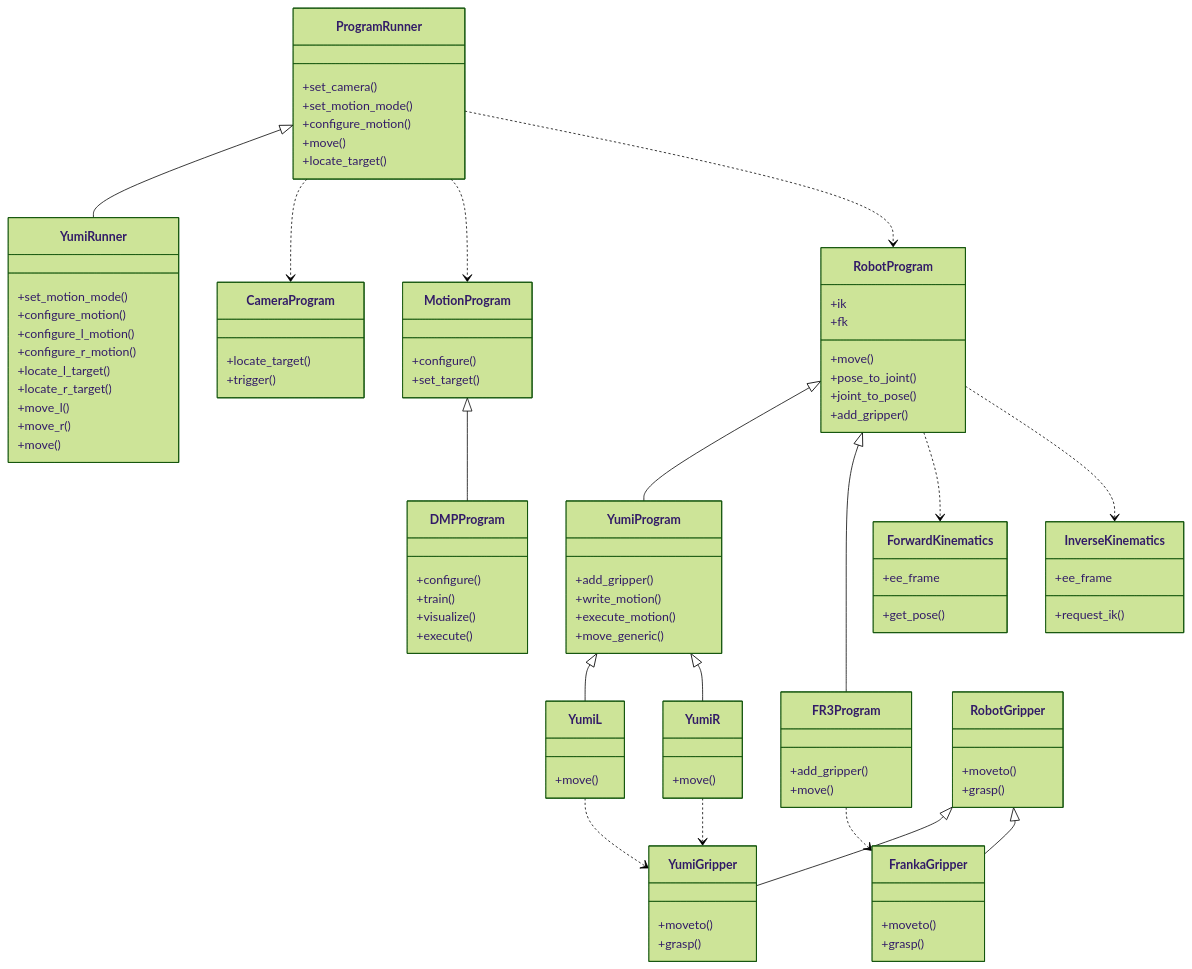
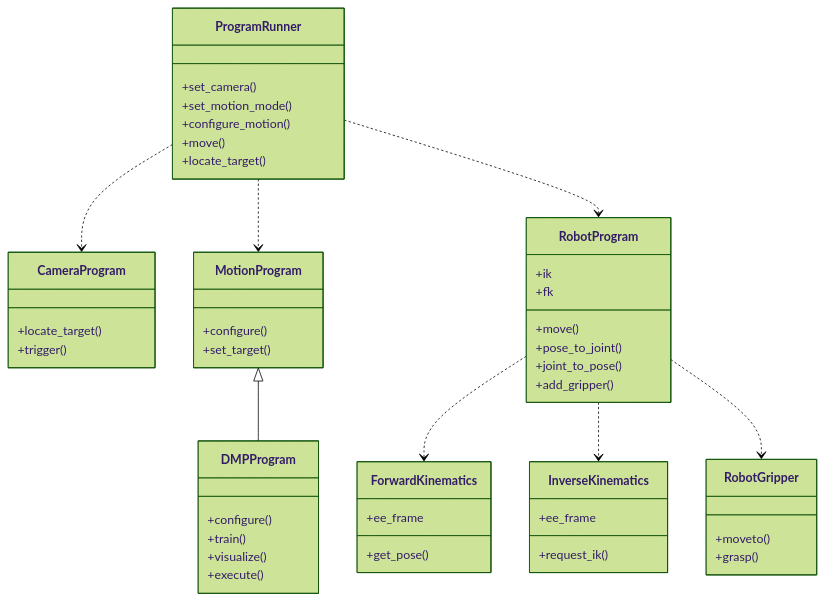
Before and after one commit to snt-arg/lfd_interface: the diagram in misc/thesis/lfd_program/class.mmd, drawn with Mermaid (forest theme). The commit also changed 4 other files, not shown here.

```diff
--- a/misc/thesis/lfd_program/class.mmd
+++ b/misc/thesis/lfd_program/class.mmd
@@ -1,115 +1,116 @@
 
 classDiagram
     class  CameraProgram {
         +locate_target()
         +trigger()
     }
 
     class MotionProgram {
         +configure()
         +set_target()
     }
 
     class RobotProgram {
         +ik
         +fk
         +move()
         +pose_to_joint()
         +joint_to_pose()
         +add_gripper()
     }
 
     class DMPProgram {
         +configure()
         +train()
         +visualize()
         +execute()
     }
 
     %% ABB Program
-    class YumiProgram {
-        +add_gripper()
-        +write_motion()
-        +execute_motion()
-        +move_generic()
-    }
+    %% class YumiProgram {
+    %%     +add_gripper()
+    %%     +write_motion()
+    %%     +execute_motion()
+    %%     +move_generic()
+    %% }
 
-    class YumiL {
-        +move()
-    }
+    %% class YumiL {
+    %%     +move()
+    %% }
 
-    class YumiR {
-        +move()
-    }
+    %% class YumiR {
+    %%     +move()
+    %% }
 
-    class YumiGripper {
-        +moveto()
-        +grasp()
-    }
+    %% class YumiGripper {
+    %%     +moveto()
+    %%     +grasp()
+    %% }
 
     %% Franka Program
-    class FR3Program {
-        +add_gripper()
-        +move()
-    }
+    %% class FR3Program {
+    %%     +add_gripper()
+    %%     +move()
+    %% }
 
-    class FrankaGripper {
-        +moveto()
-        +grasp()
-    }
+    %% class FrankaGripper {
+    %%     +moveto()
+    %%     +grasp()
+    %% }
 
     %% Util
     class ForwardKinematics {
         +ee_frame
         +get_pose()
     }
 
     class InverseKinematics {
         +ee_frame
         +request_ik()
     }
     %% 
     class ProgramRunner {
         +set_camera()
         +set_motion_mode()
         +configure_motion()
         +move()
         +locate_target()
     }
 
-    class YumiRunner {
-        +set_motion_mode()
-        +configure_motion()
-        +configure_l_motion()
-        +configure_r_motion()
-        +locate_l_target()
-        +locate_r_target()
-        +move_l()
-        +move_r()
-        +move()
-    }
+    %% class YumiRunner {
+    %%     +set_motion_mode()
+    %%     +configure_motion()
+    %%     +configure_l_motion()
+    %%     +configure_r_motion()
+    %%     +locate_l_target()
+    %%     +locate_r_target()
+    %%     +move_l()
+    %%     +move_r()
+    %%     +move()
+    %% }
 
     class RobotGripper {
         +moveto()
         +grasp()
     }
 
-    ProgramRunner <|-- YumiRunner
+    %% ProgramRunner <|-- YumiRunner
 
     ProgramRunner ..> CameraProgram
     ProgramRunner ..> MotionProgram
     ProgramRunner ..> RobotProgram
 
     MotionProgram <|-- DMPProgram
-    RobotProgram <|-- YumiProgram
-    RobotProgram <|-- FR3Program
-    YumiProgram <|-- YumiL 
-    YumiProgram <|-- YumiR
-    RobotGripper <|-- YumiGripper
-    RobotGripper <|-- FrankaGripper
+    %% RobotProgram <|-- YumiProgram
+    %% RobotProgram <|-- FR3Program
+    %% YumiProgram <|-- YumiL 
+    %% YumiProgram <|-- YumiR
+    %% RobotGripper <|-- YumiGripper
+    %% RobotGripper <|-- FrankaGripper
     RobotProgram ..> ForwardKinematics
     RobotProgram ..> InverseKinematics
-    YumiL ..> YumiGripper
-    YumiR ..> YumiGripper
+    %% YumiL ..> YumiGripper
+    %% YumiR ..> YumiGripper
     %% YumiProgram ..> YumiGripper
-    FR3Program ..> FrankaGripper
+    %% FR3Program ..> FrankaGripper
+    RobotProgram ..> RobotGripper
```
